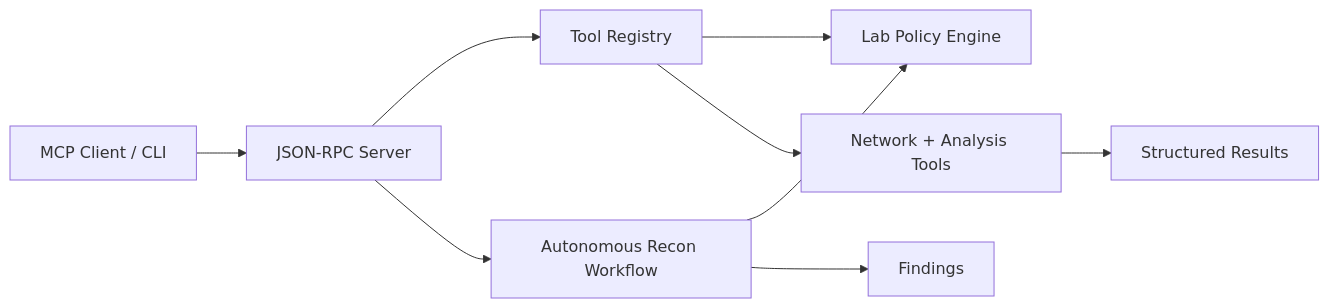
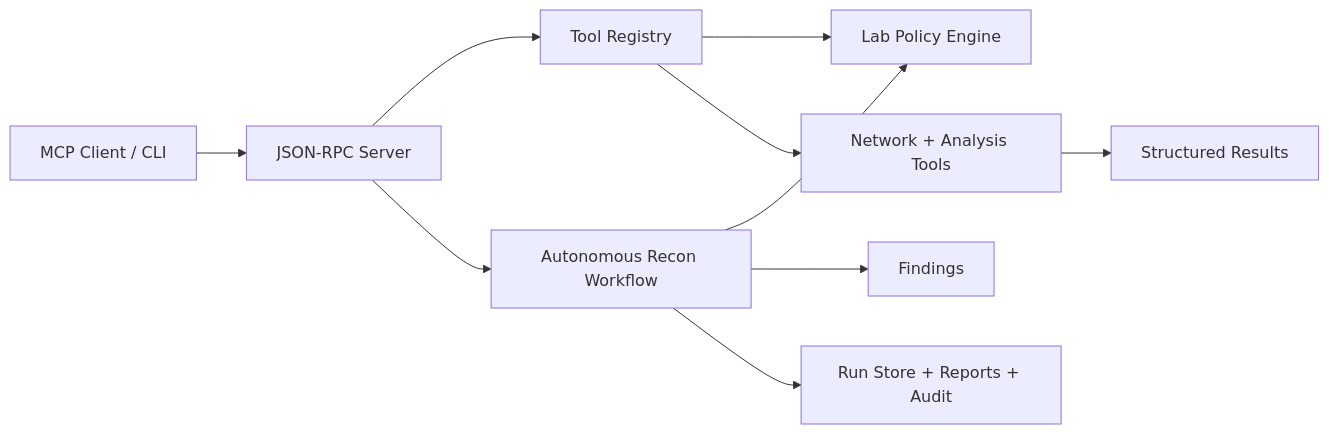
Before and after one commit to Gokul0912/MCP_Security_Lab: the diagram in README.md, drawn with Mermaid. The commit also changed other lines of this file and 45 other files, not shown here.

````diff
--- a/README.md
+++ b/README.md
@@ -80,11 +164,12 @@
 ```mermaid
 flowchart LR
     Client["MCP Client / CLI"] --> Server["JSON-RPC Server"]
     Server --> Registry["Tool Registry"]
     Server --> Workflow["Autonomous Recon Workflow"]
     Workflow --> Policy["Lab Policy Engine"]
     Registry --> Policy
     Registry --> Tools["Network + Analysis Tools"]
     Tools --> Evidence["Structured Results"]
     Workflow --> Findings["Findings"]
+    Workflow --> Store["Run Store + Reports + Audit"]
 ```
````
